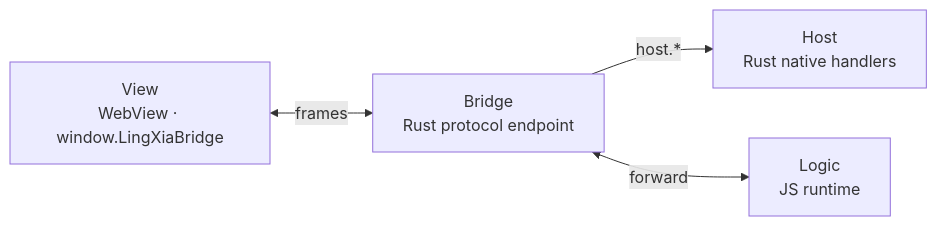
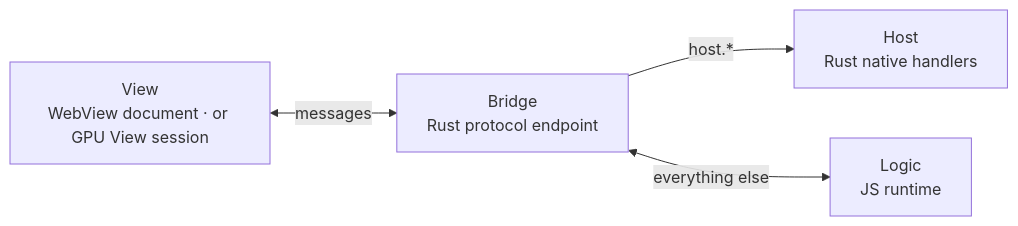
One commit to LingXia-Dev/LingXia changed the diagram in docs/internal/bridge-protocol.md. Above: the diagram before and after it, drawn with Mermaid. The commit also changed other lines of this file and 3 other files, not shown here.

First line of the commit message:
docs(bridge): restructure the protocol as one contract over two transports

````diff
--- a/docs/internal/bridge-protocol.md
+++ b/docs/internal/bridge-protocol.md
@@ -35,11 +17,10 @@
 ```mermaid
 flowchart LR
-  View["View\nWebView · window.LingXiaBridge"]
-  Bridge["Bridge\nRust protocol endpoint"]
-  Host["Host\nRust native handlers"]
-  Logic["Logic\nJS runtime"]
-
-  View <-->|frames| Bridge
+  View["View<br/>WebView document · or GPU View session"]
+  Bridge["Bridge<br/>Rust protocol endpoint"]
+  Host["Host<br/>Rust native handlers"]
+  Logic["Logic<br/>JS runtime"]
+  View <-->|messages| Bridge
   Bridge -->|"host.*"| Host
-  Bridge <-->|forward| Logic
+  Bridge <-->|everything else| Logic
 ```
````
